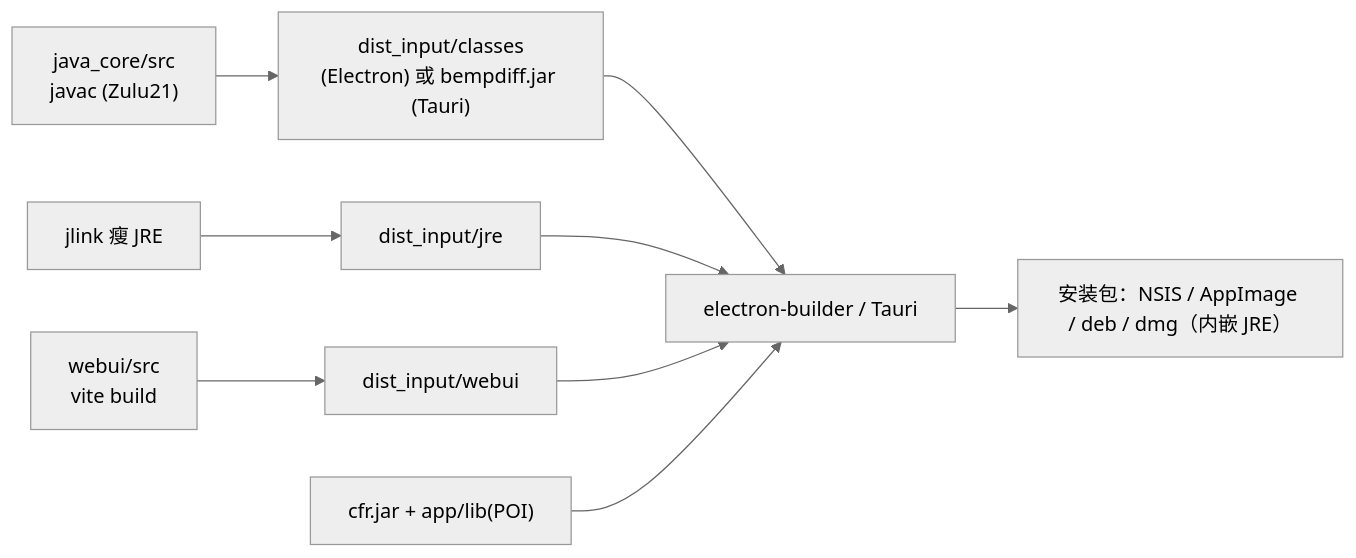
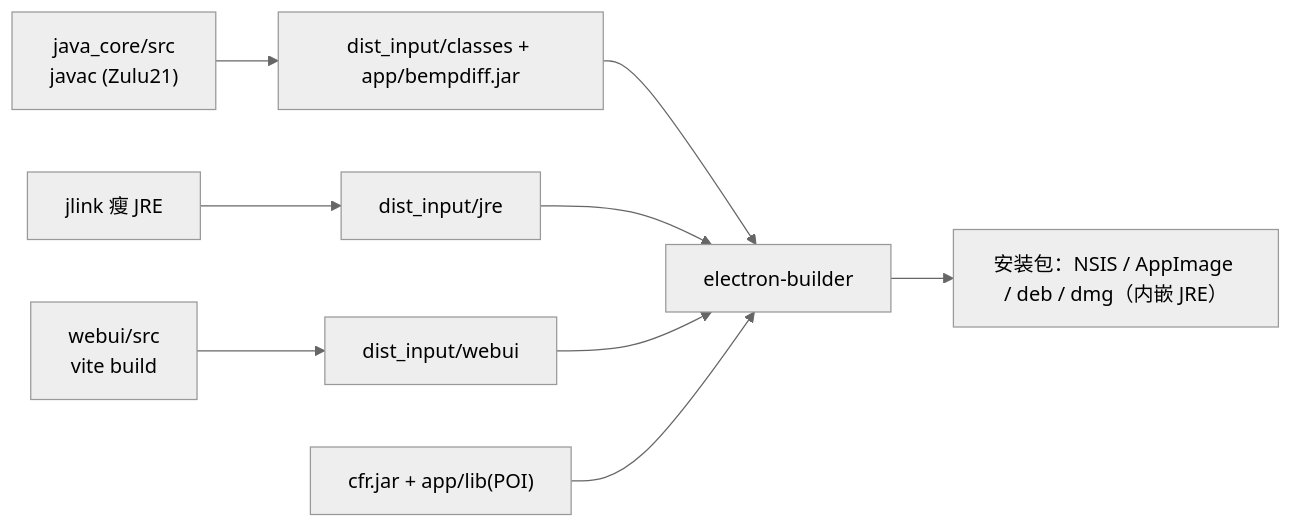
One commit to wangnan05563/BempDiff changed the fifth of 6 diagrams in docs/系统架构设计.md. Above: the diagram before and after it, drawn with Mermaid (neutral theme). The commit also changed other lines of this file and 87 other files, not shown here.

First line of the commit message:
refactor(desktop): Tauri 路径 B 实现剔除瘦身，Electron 成为唯一桌面壳（T04092）

````diff
--- a/docs/系统架构设计.md
+++ b/docs/系统架构设计.md
@@ -372,11 +359,11 @@
 ```mermaid
 graph LR
-    JC["java_core/src<br/>javac (Zulu21)"] --> DI["dist_input/classes<br/>(Electron) 或 bempdiff.jar (Tauri)"]
+    JC["java_core/src<br/>javac (Zulu21)"] --> DI["dist_input/classes + app/bempdiff.jar"]
     JRE["jlink 瘦 JRE"] --> RES["dist_input/jre"]
     WU["webui/src<br/>vite build"] --> WD["dist_input/webui"]
-    DI --> PKG["electron-builder / Tauri"]
+    DI --> PKG["electron-builder"]
     RES --> PKG
     WD --> PKG
     CFR["cfr.jar + app/lib(POI)"] --> PKG
     PKG --> OUT["安装包：NSIS / AppImage / deb / dmg（内嵌 JRE）"]
 ```
````
